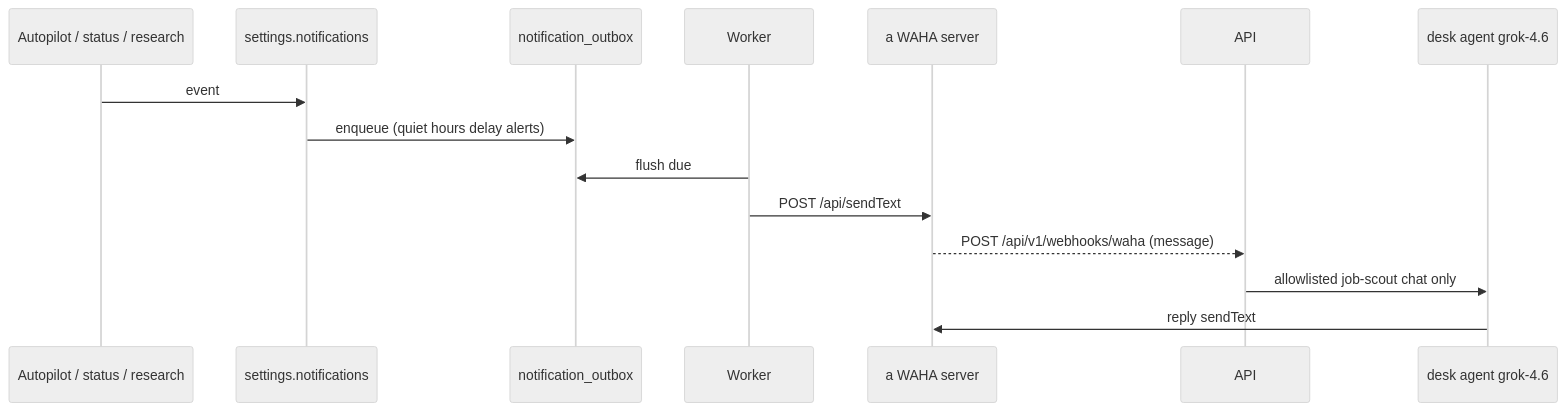
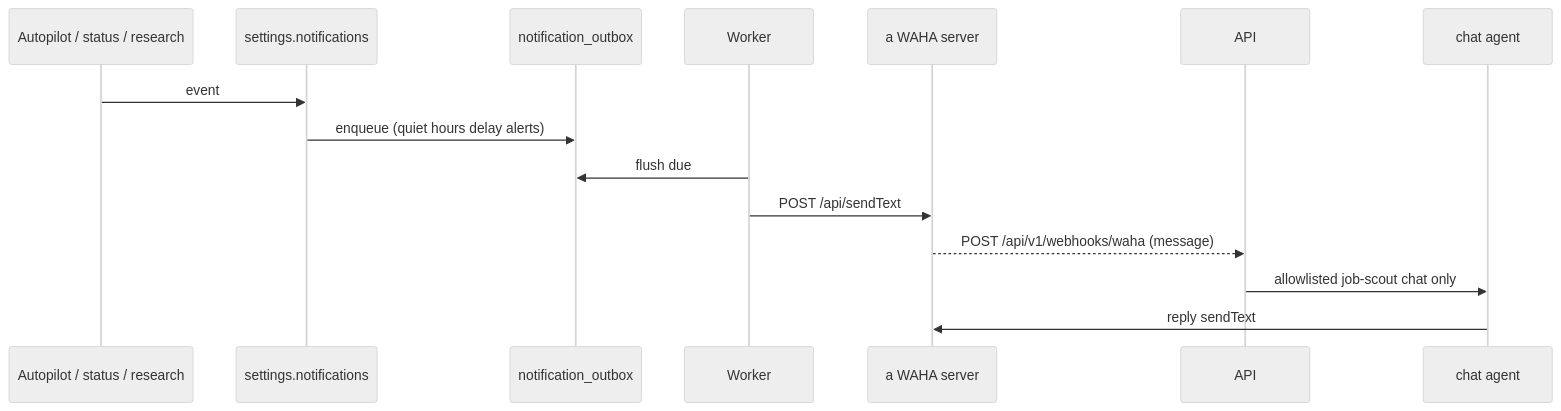
One commit to giovannirco/job-scout changed the second of 2 diagrams in docs/ARCHITECTURE.md. Above: the diagram before and after it, drawn with Mermaid (neutral theme). The commit also changed other lines of this file, not shown here.

Commit message:
docs: describe webhook setup without deployment assumptions

````diff
--- a/docs/ARCHITECTURE.md
+++ b/docs/ARCHITECTURE.md
@@ -80,17 +80,17 @@
 ```mermaid
 sequenceDiagram
   participant Funnel as Autopilot / status / research
   participant Policy as settings.notifications
   participant Outbox as notification_outbox
   participant Worker
   participant WAHA as a WAHA server
   participant API
-  participant Agent as desk agent grok-4.6
+  participant Agent as chat agent
   Funnel->>Policy: event
   Policy->>Outbox: enqueue (quiet hours delay alerts)
   Worker->>Outbox: flush due
   Worker->>WAHA: POST /api/sendText
   WAHA-->>API: POST /api/v1/webhooks/waha (message)
   API->>Agent: allowlisted job-scout chat only
   Agent->>WAHA: reply sendText
 ```
````
